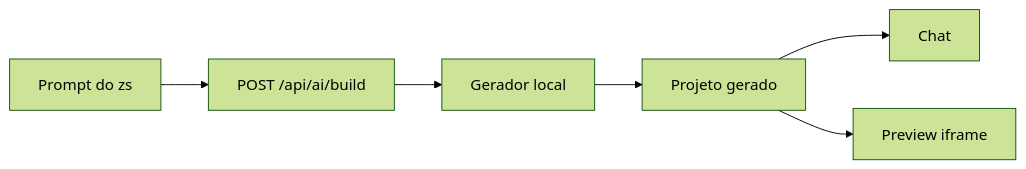
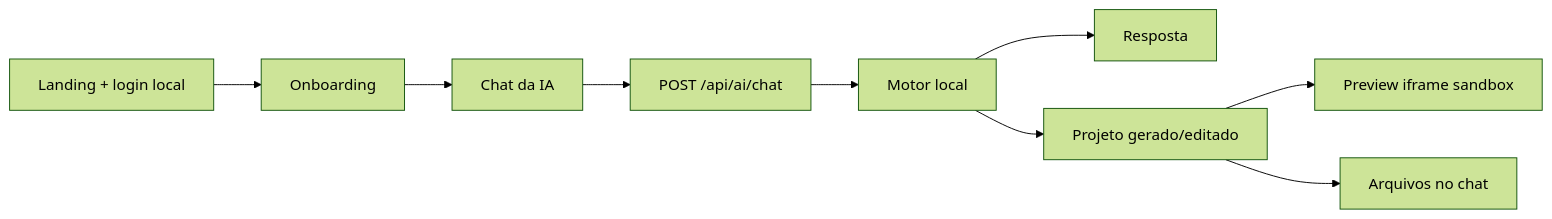
Before and after one commit to zszoro/ZS-Ferramenta-: the diagram in docs/architecture.md, drawn with Mermaid (forest theme). The commit also changed other lines of this file and 8 other files, not shown here.

Commit message:
Build full ZS Ferramenta AI chat experience

````diff
--- a/docs/architecture.md
+++ b/docs/architecture.md
@@ -5,8 +5,11 @@
 ```mermaid
 flowchart LR
-  A["Prompt do zs"] --> B["POST /api/ai/build"]
-  B --> C["Gerador local"]
-  C --> D["Projeto gerado"]
-  D --> E["Chat"]
-  D --> F["Preview iframe"]
+  A["Landing + login local"] --> B["Onboarding"]
+  B --> C["Chat da IA"]
+  C --> D["POST /api/ai/chat"]
+  D --> E["Motor local"]
+  E --> F["Resposta"]
+  E --> G["Projeto gerado/editado"]
+  G --> H["Preview iframe sandbox"]
+  G --> I["Arquivos no chat"]
 ```
````
